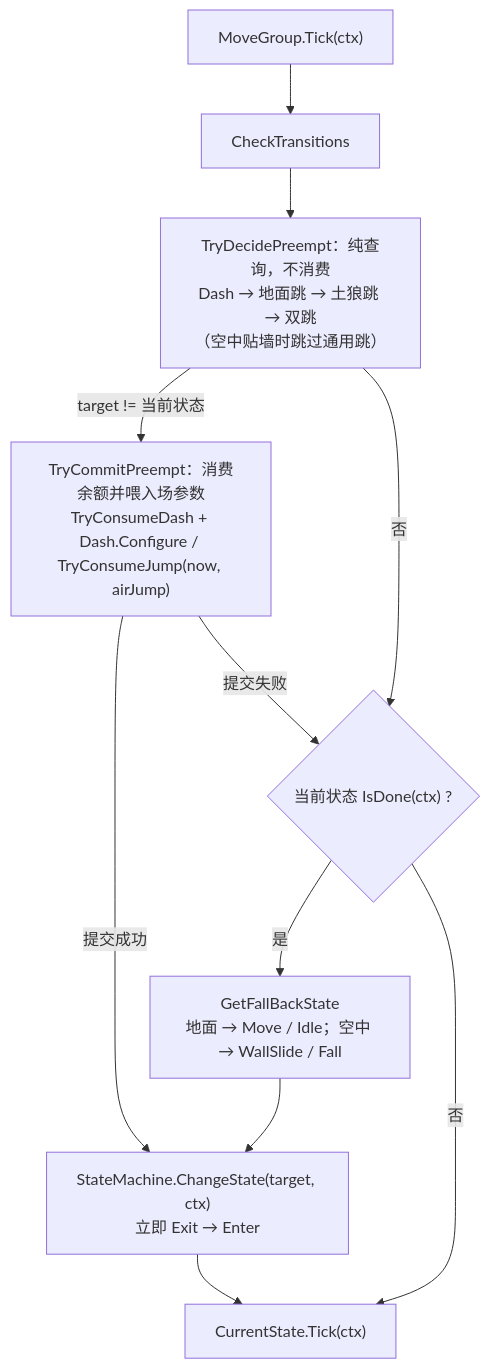
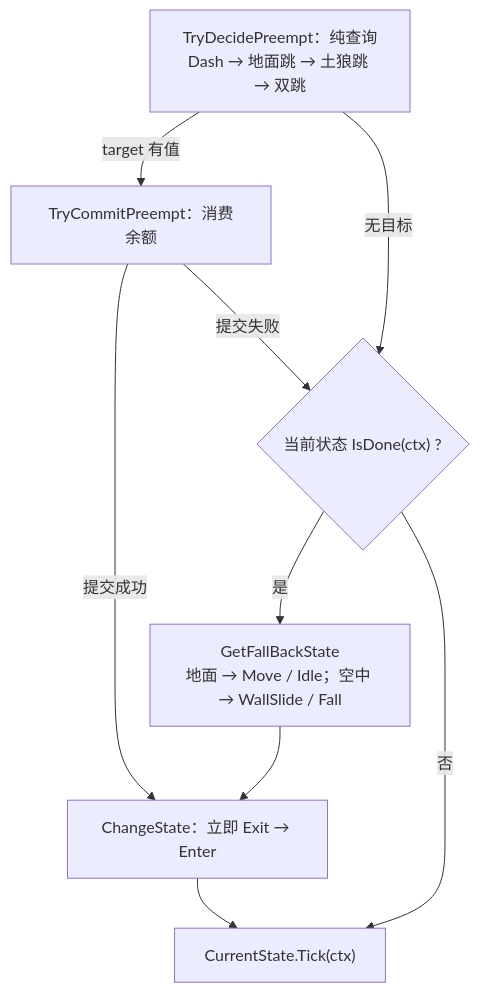
The diagram in Docs/分层设计/逻辑层.md (5FYZhou/deepseaoil), drawn with Mermaid before and after one commit. The commit also changed other lines of this file and 9 other files, not shown here.

````diff
--- a/Docs/分层设计/逻辑层.md
+++ b/Docs/分层设计/逻辑层.md
@@ -111,13 +73,11 @@
 ```mermaid
 flowchart TD
-  T["MoveGroup.Tick(ctx)"] --> C["CheckTransitions"]
-  C --> P["TryDecidePreempt：纯查询，不消费<br/>Dash → 地面跳 → 土狼跳 → 双跳<br/>（空中贴墙时跳过通用跳）"]
-  P -->|"target != 当前状态"| K["TryCommitPreempt：消费余额并喂入场参数<br/>TryConsumeDash + Dash.Configure / TryConsumeJump(now, airJump)"]
-  P -->|"否"| D{"当前状态 IsDone(ctx) ?"}
-  K -->|"提交成功"| CS["StateMachine.ChangeState(target, ctx)<br/>立即 Exit → Enter"]
-  K -->|"提交失败"| D
+  P["TryDecidePreempt：纯查询<br/>Dash → 地面跳 → 土狼跳 → 双跳"] -->|"target 有值"| K["TryCommitPreempt：消费余额"]
+  K -->|"提交成功"| CS["ChangeState：立即 Exit → Enter"]
+  K -->|"提交失败"| D{"当前状态 IsDone(ctx) ?"}
+  P -->|"无目标"| D
   D -->|"是"| FB["GetFallBackState<br/>地面 → Move / Idle；空中 → WallSlide / Fall"]
   D -->|"否"| TK["CurrentState.Tick(ctx)"]
   FB --> CS
   CS --> TK
 ```
````
